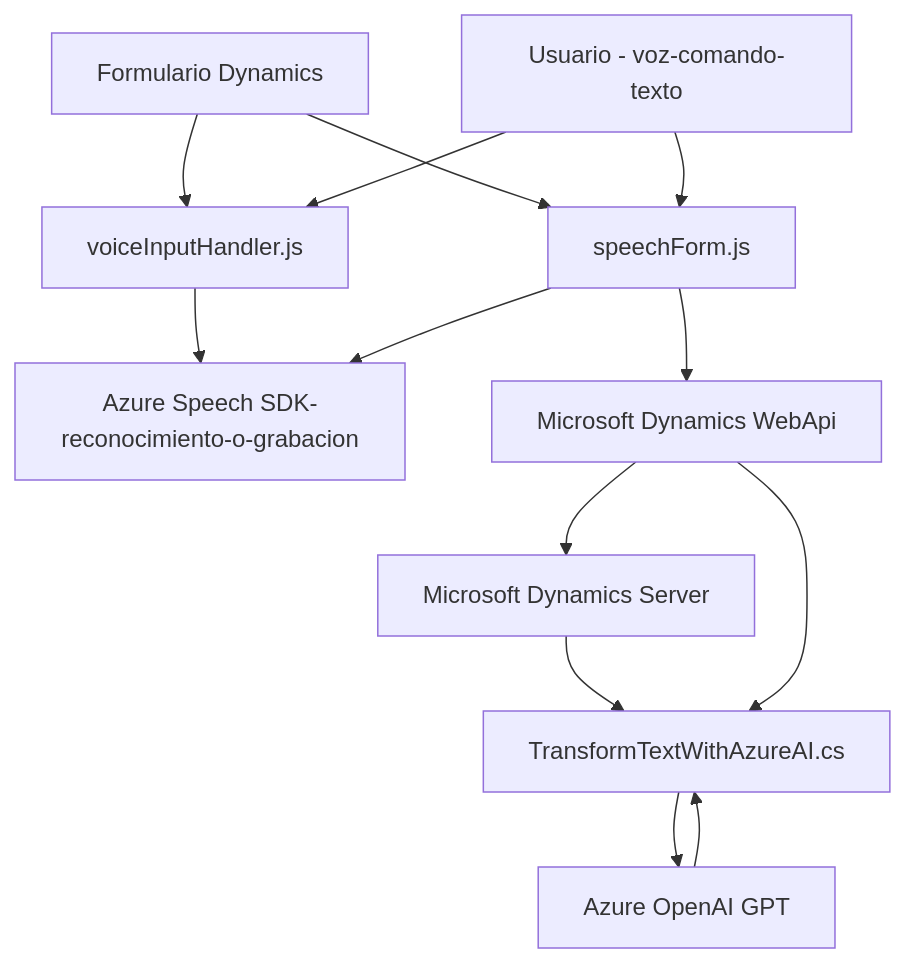
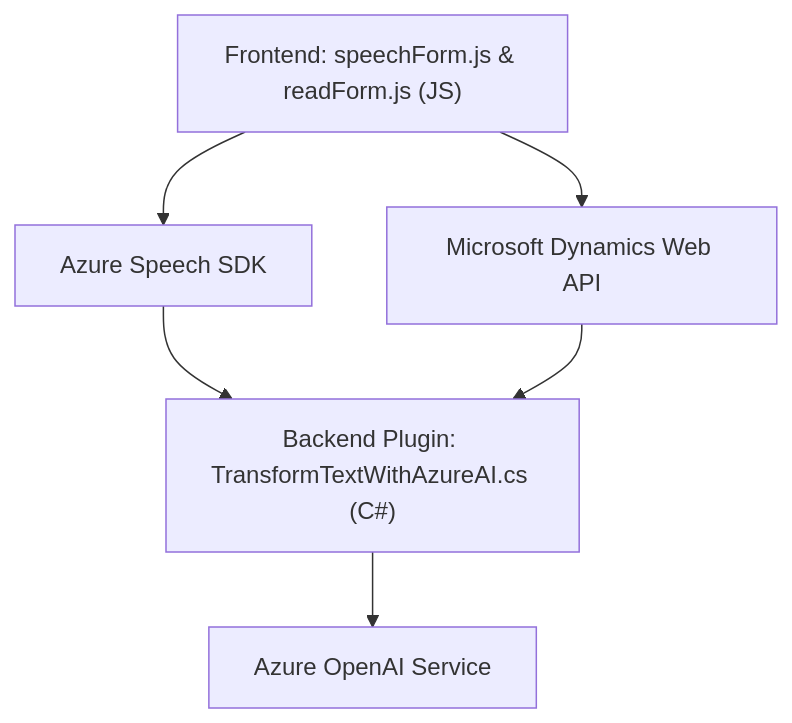
The diagram in README.md (blopezdm/NETCORE_BILBAO2025), drawn with Mermaid before and after one commit. The commit also changed other lines of this file, not shown here.

````diff
--- a/README.md
+++ b/README.md
@@ -32,15 +40,14 @@
 ```mermaid
 graph TD
-    A["Formulario Dynamics"] --> B["voiceInputHandler.js"]
-    A --> C["speechForm.js"]
-    B --> D["Azure Speech SDK-recognicion-olectura"]
-    C --> D["Azure Speech SDK-reconocimiento-o-grabacion"]
-    C --> E["Microsoft Dynamics WebApi"]
-    E --> F["Microsoft Dynamics Server"]
-    F --> H["TransformTextWithAzureAI.cs"]
-    H --> I["Azure OpenAI GPT"]
-    I --> H
-    E --> H
-    G["Usuario - voz-comando-texto"] --> B
-    G --> C
+    A["Frontend: speechForm.js & readForm.js (JS)"]
+    B["Azure Speech SDK"]
+    C["Microsoft Dynamics Web API"]
+    D["Backend Plugin: TransformTextWithAzureAI.cs (C#)"]
+    E["Azure OpenAI Service"]
+
+    A --> B
+    A --> C
+    B --> D
+    C --> D
+    D --> E
 ```
````
